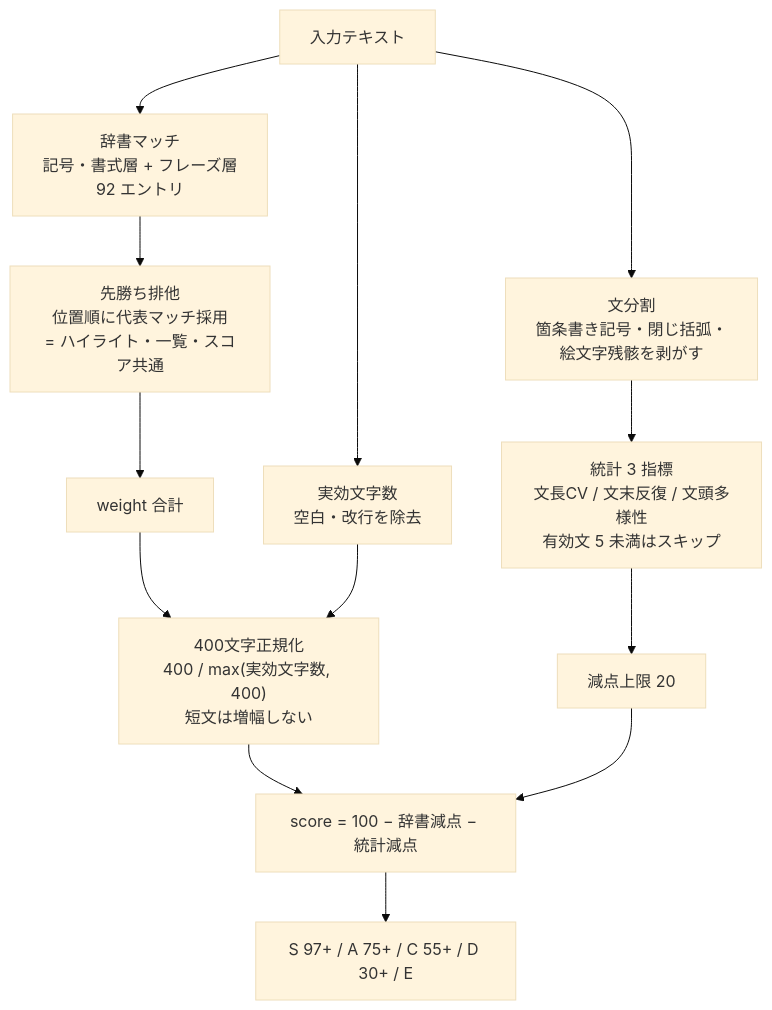
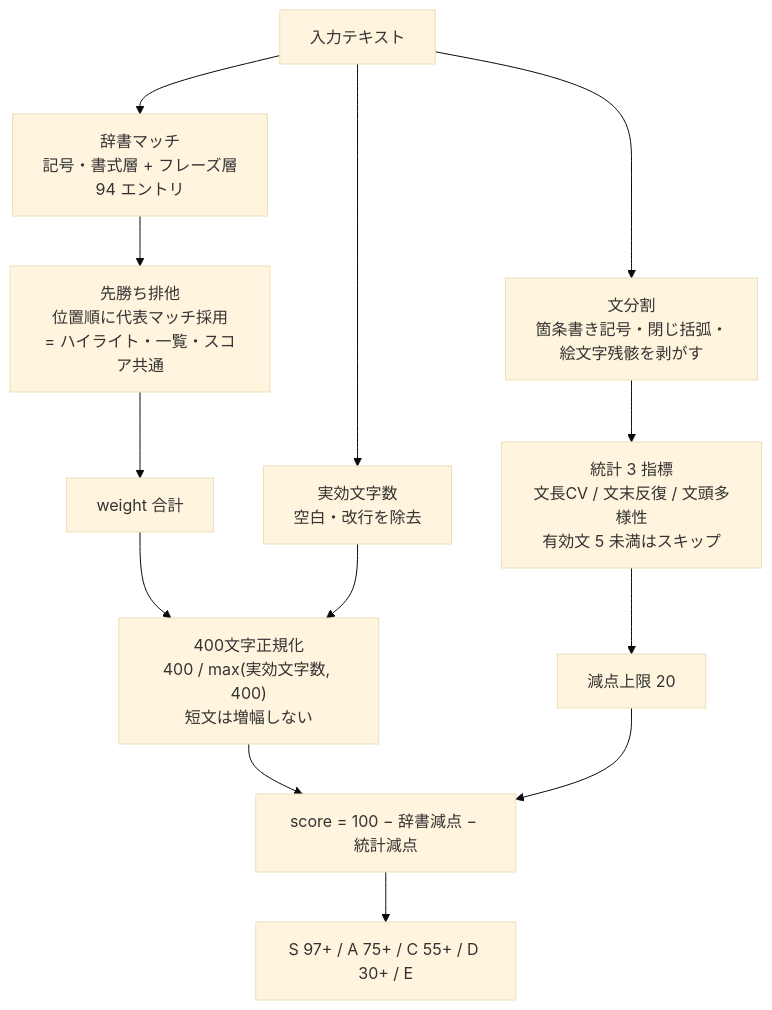
One commit to wwwyo/tools changed the diagram in src/usuppera/README.md. Above: the diagram before and after it, drawn with Mermaid (base theme). The commit also changed other lines of this file and 4 other files, not shown here.

````diff
--- a/src/usuppera/README.md
+++ b/src/usuppera/README.md
@@ -7,15 +7,15 @@
 ```mermaid
 flowchart TB
-  input[入力テキスト] --> dict["辞書マッチ<br/>記号・書式層 + フレーズ層<br/>92 エントリ"]
+  input[入力テキスト] --> dict["辞書マッチ<br/>記号・書式層 + フレーズ層<br/>94 エントリ"]
   input --> split["文分割<br/>箇条書き記号・閉じ括弧・<br/>絵文字残骸を剥がす"]
   input --> clen["実効文字数<br/>空白・改行を除去"]
   dict --> dedup["先勝ち排他<br/>位置順に代表マッチ採用<br/>= ハイライト・一覧・スコア共通"]
   dedup --> wsum[weight 合計]
   split --> stats["統計 3 指標<br/>文長CV / 文末反復 / 文頭多様性<br/>有効文 5 未満はスキップ"]
   stats --> cap[減点上限 20]
   wsum --> norm["400文字正規化<br/>400 / max(実効文字数, 400)<br/>短文は増幅しない"]
   clen --> norm
   norm --> score["score = 100 − 辞書減点 − 統計減点"]
   cap --> score
   score --> rank["S 97+ / A 75+ / C 55+ / D 30+ / E"]
 ```
````
